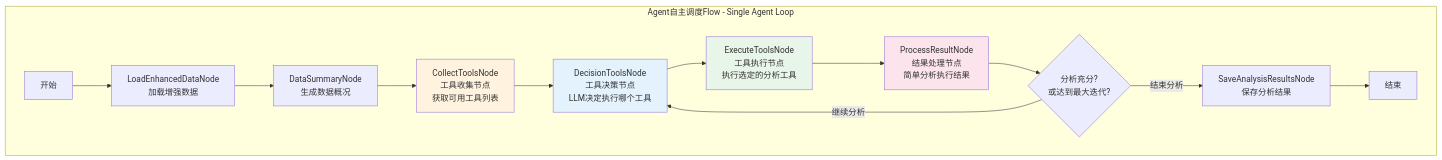
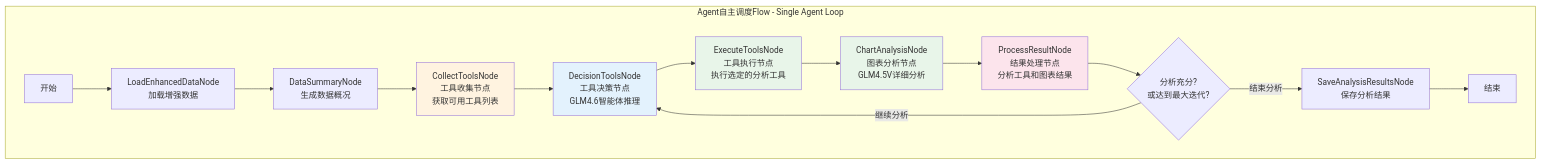
The sixth of 8 diagrams in doc/design.md (Hyacehila/AnalysisPosts), drawn with Mermaid before and after one commit. The commit also changed other lines of this file and 14 other files, not shown here.

````diff
--- a/doc/design.md
+++ b/doc/design.md
@@ -454,27 +493,29 @@
 ```mermaid
 flowchart TD
     subgraph AgentAnalysisFlow[Agent自主调度Flow - Single Agent Loop]
         agent_start[开始] --> agent_load[LoadEnhancedDataNode<br/>加载增强数据]
         agent_load --> agent_summary[DataSummaryNode<br/>生成数据概况]
         
         agent_summary --> collect_tools[CollectToolsNode<br/>工具收集节点<br/>获取可用工具列表]
         
-        collect_tools --> decision_node[DecisionToolsNode<br/>工具决策节点<br/>LLM决定执行哪个工具]
+        collect_tools --> decision_node[DecisionToolsNode<br/>工具决策节点<br/>GLM4.6智能体推理]
         
         decision_node --> execute_node[ExecuteToolsNode<br/>工具执行节点<br/>执行选定的分析工具]
-        
-        execute_node --> process_result[ProcessResultNode<br/>结果处理节点<br/>简单分析执行结果]
+
+        execute_node --> agent_chart[ChartAnalysisNode<br/>图表分析节点<br/>GLM4.5V详细分析]
+        agent_chart --> process_result[ProcessResultNode<br/>结果处理节点<br/>分析工具和图表结果]
         
         process_result --> check_finish{分析充分?<br/>或达到最大迭代?}
         
         check_finish -->|继续分析| decision_node
         check_finish -->|结束分析| agent_save[SaveAnalysisResultsNode<br/>保存分析结果]
         
         agent_save --> agent_end[结束]
     end
-    
+
     style collect_tools fill:#fff3e0
     style decision_node fill:#e3f2fd
     style execute_node fill:#e8f5e9
+    style agent_chart fill:#e8f5e9
     style process_result fill:#fce4ec
 ```
````
